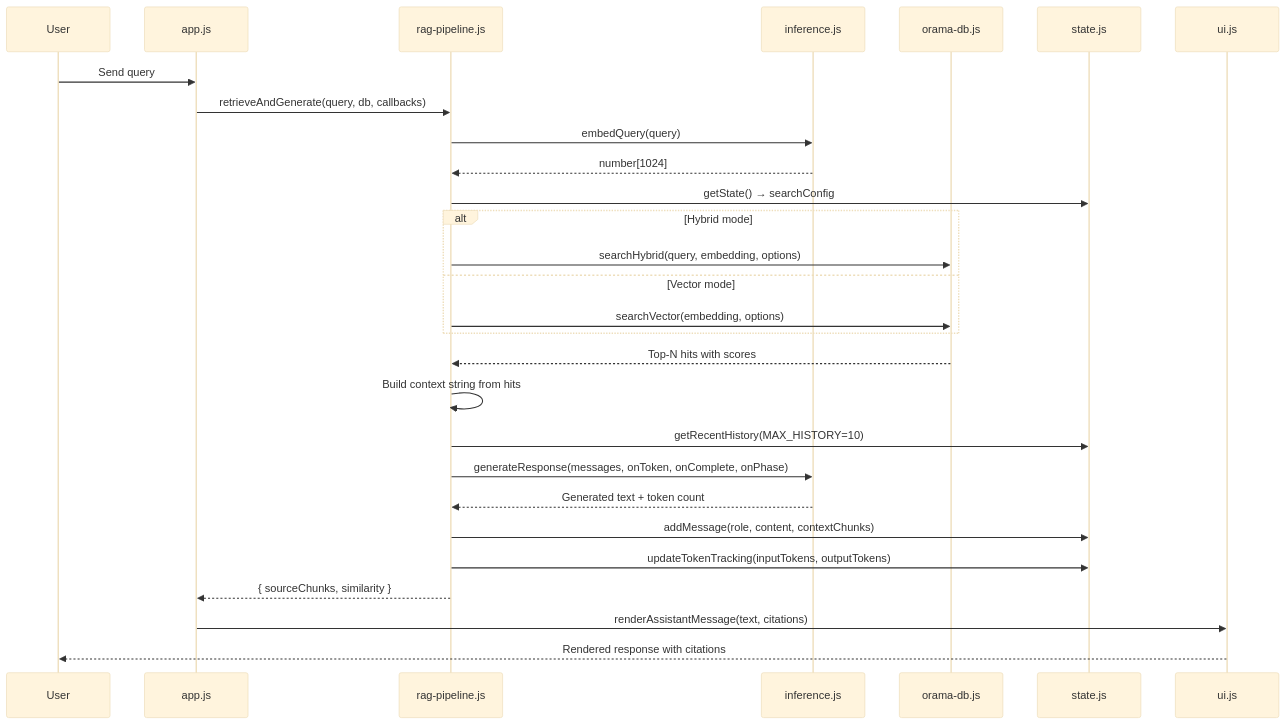
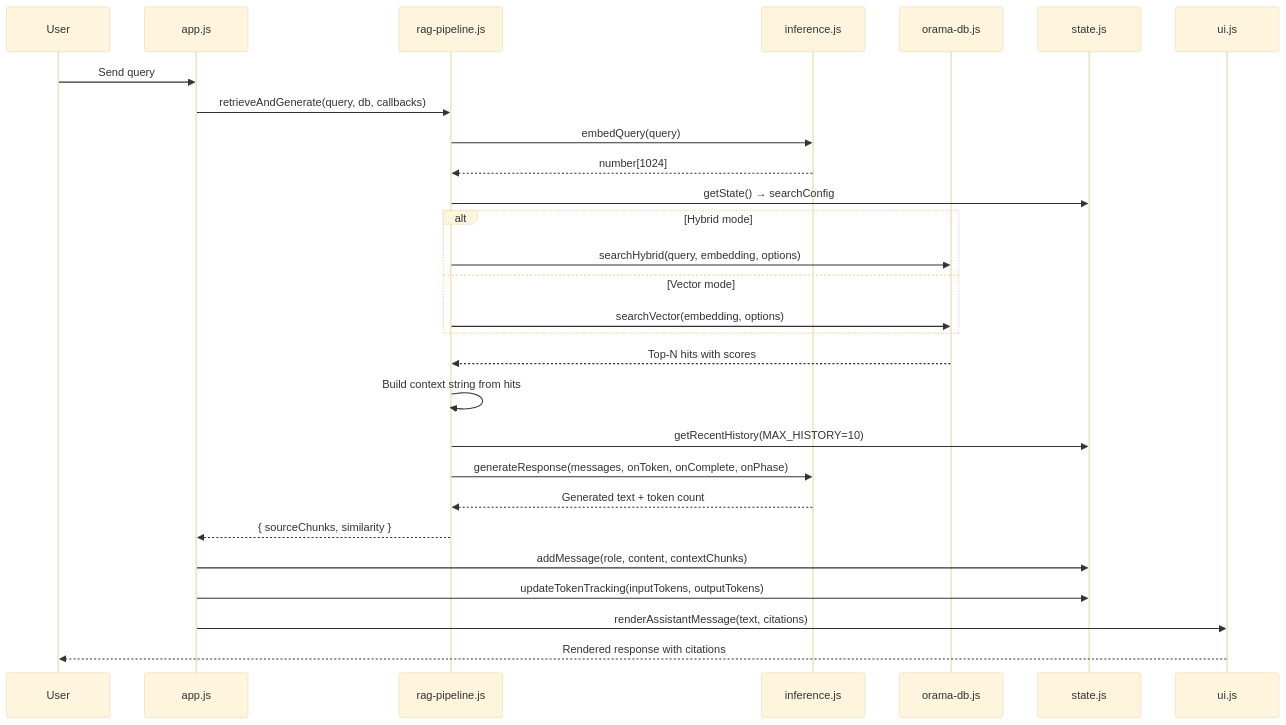
Before and after one commit to RobertLicht/rag-browser: the third of 6 diagrams in docs/DEVELOPER.md, drawn with Mermaid (base theme). The commit also changed other lines of this file and 1 other file, not shown here.

````diff
--- a/docs/DEVELOPER.md
+++ b/docs/DEVELOPER.md
@@ -621,31 +677,31 @@
 ```mermaid
 sequenceDiagram
     participant User
     participant app as app.js
     participant rag as rag-pipeline.js
     participant inf as inference.js
     participant db as orama-db.js
     participant state as state.js
     participant ui as ui.js
 
     User->>app: Send query
     app->>rag: retrieveAndGenerate(query, db, callbacks)
     rag->>inf: embedQuery(query)
     inf-->>rag: number[1024]
     rag->>state: getState() → searchConfig
     alt Hybrid mode
         rag->>db: searchHybrid(query, embedding, options)
     else Vector mode
         rag->>db: searchVector(embedding, options)
     end
     db-->>rag: Top-N hits with scores
     rag->>rag: Build context string from hits
     rag->>state: getRecentHistory(MAX_HISTORY=10)
     rag->>inf: generateResponse(messages, onToken, onComplete, onPhase)
     inf-->>rag: Generated text + token count
-    rag->>state: addMessage(role, content, contextChunks)
-    rag->>state: updateTokenTracking(inputTokens, outputTokens)
     rag-->>app: { sourceChunks, similarity }
+    app->>state: addMessage(role, content, contextChunks)
+    app->>state: updateTokenTracking(inputTokens, outputTokens)
     app->>ui: renderAssistantMessage(text, citations)
     ui-->>User: Rendered response with citations
 ```
````
